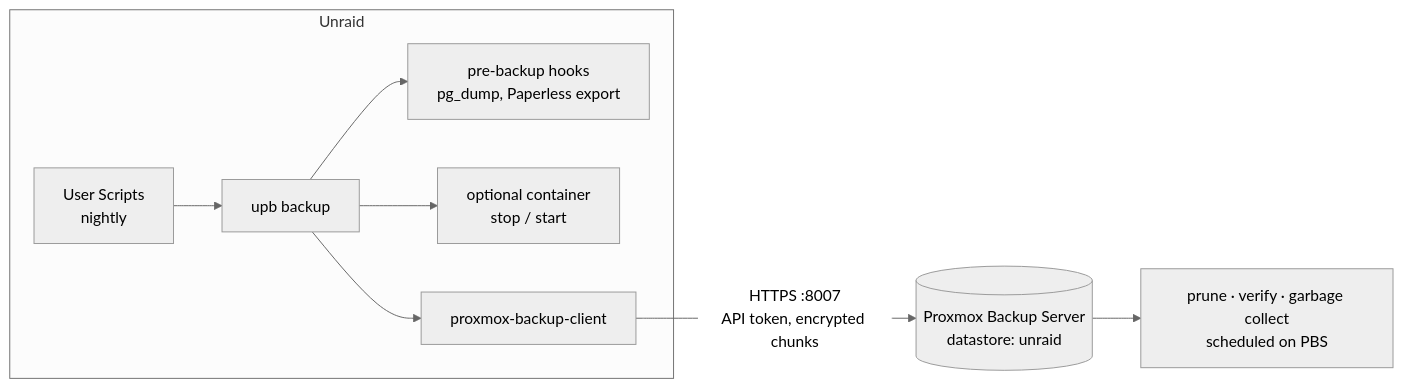
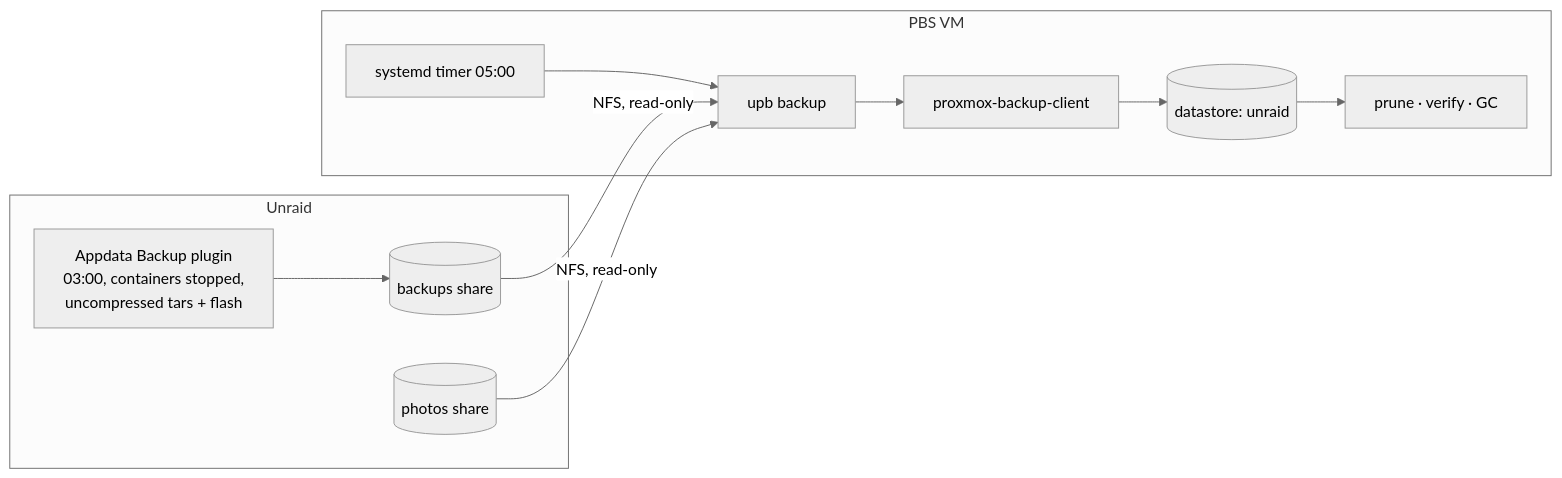
Before and after one commit to nkskater/unraid-to-proxmox-backups: the diagram in README.md, drawn with Mermaid (neutral theme). The commit also changed other lines of this file and 43 other files, not shown here.

````diff
--- a/README.md
+++ b/README.md
@@ -10,11 +11,15 @@
 ```mermaid
 flowchart LR
   subgraph Unraid
-    cron["User Scripts<br/>nightly"] --> upb["upb backup"]
-    upb --> hooks["pre-backup hooks<br/>pg_dump, Paperless export"]
-    upb --> stop["optional container<br/>stop / start"]
+    ab["Appdata Backup plugin<br/>03:00, containers stopped,<br/>uncompressed tars + flash"] --> share[("backups share")]
+    photos[("photos share")]
+  end
+  subgraph PBS["PBS VM"]
+    timer["systemd timer 05:00"] --> upb["upb backup"]
     upb --> client["proxmox-backup-client"]
+    client --> ds[("datastore: unraid")]
+    ds --> jobs["prune · verify · GC"]
   end
-  client -- "HTTPS :8007<br/>API token, encrypted chunks" --> pbs[("Proxmox Backup Server<br/>datastore: unraid")]
-  pbs --> jobs["prune · verify · garbage collect<br/>scheduled on PBS"]
+  share -- "NFS, read-only" --> upb
+  photos -- "NFS, read-only" --> upb
 ```
````
